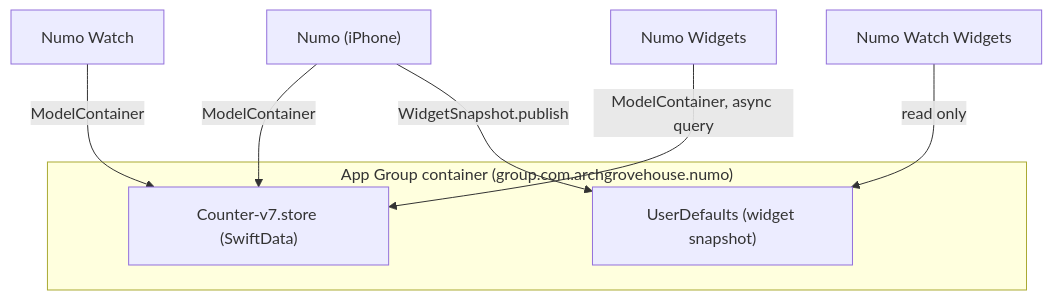
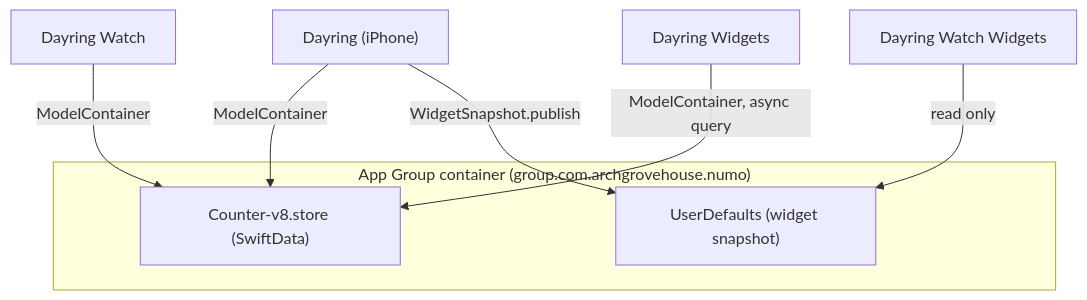
Before and after one commit to utopastac/counter-ios: the first of 2 diagrams in docs/ARCHITECTURE.md, drawn with Mermaid. The commit also changed other lines of this file and 72 other files, not shown here.

````diff
--- a/docs/ARCHITECTURE.md
+++ b/docs/ARCHITECTURE.md
@@ -33,13 +33,13 @@
 ```mermaid
 flowchart TB
   subgraph store ["App Group container (group.com.archgrovehouse.numo)"]
-    db["Counter-v7.store (SwiftData)"]
+    db["Counter-v8.store (SwiftData)"]
     defaults["UserDefaults (widget snapshot)"]
   end
 
-  iphone["Numo (iPhone)"] -->|ModelContainer| db
-  watch["Numo Watch"] -->|ModelContainer| db
-  homeWidget["Numo Widgets"] -->|ModelContainer, async query| db
+  iphone["Dayring (iPhone)"] -->|ModelContainer| db
+  watch["Dayring Watch"] -->|ModelContainer| db
+  homeWidget["Dayring Widgets"] -->|ModelContainer, async query| db
   iphone -->|WidgetSnapshot.publish| defaults
-  watchWidget["Numo Watch Widgets"] -->|read only| defaults
+  watchWidget["Dayring Watch Widgets"] -->|read only| defaults
 ```
````
